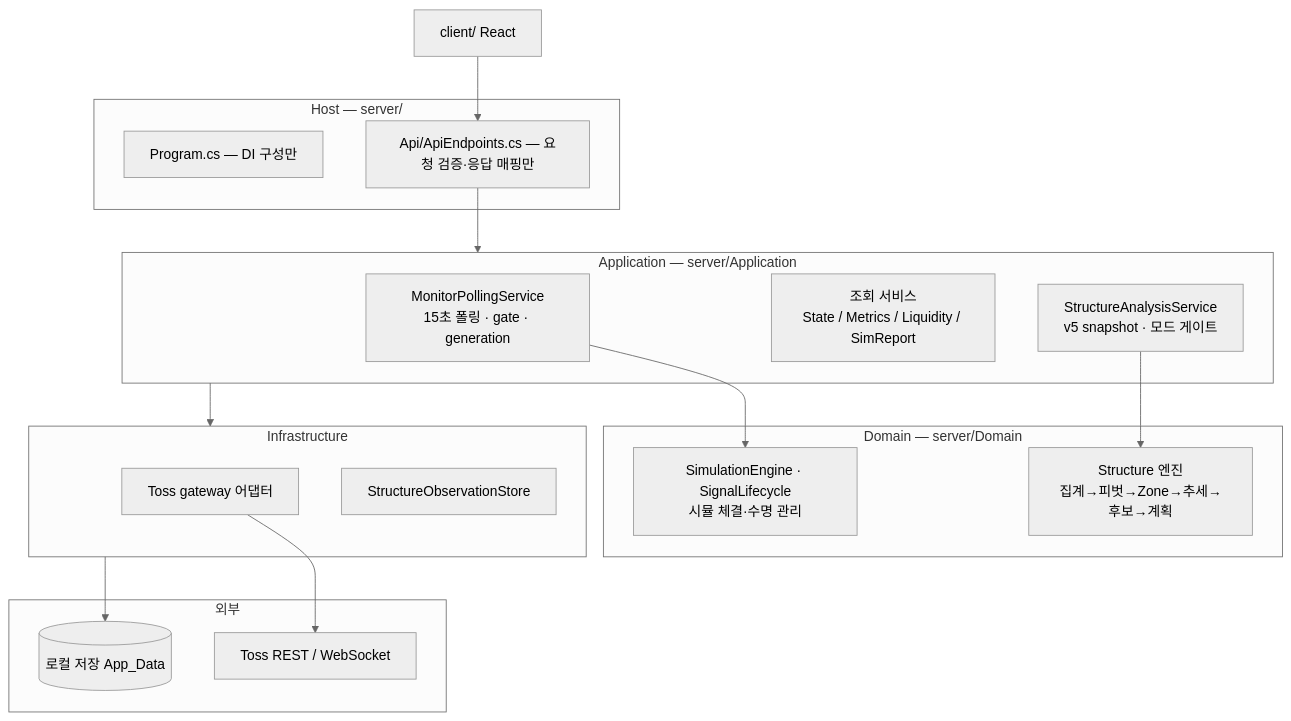
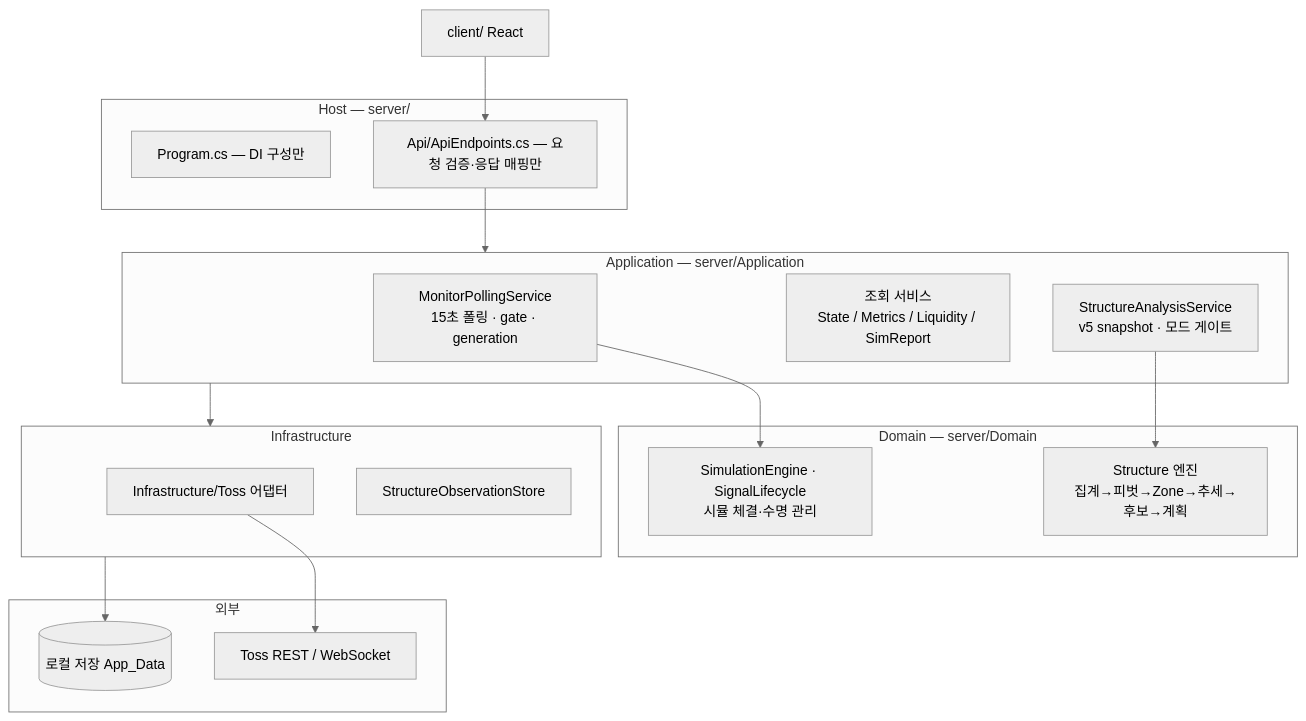
One commit to hyunpaper/NqWithAstara changed the fifth of 5 diagrams in README.md. Above: the diagram before and after it, drawn with Mermaid (neutral theme).

Commit message:
docs(BE): 루트 README §5 아키텍처 그림 폴더명 갱신 [claude]
TossClient/TossStream이 Infrastructure/Toss/로 옮겨진 것에 맞춰
아키텍처 그림의 게이트웨이 어댑터 노드 표기를 갱신한다.

Closes #178

Agent: claude

````diff
--- a/README.md
+++ b/README.md
@@ -195,31 +195,31 @@
 ```mermaid
 flowchart TB
     subgraph EXT[외부]
         TOSS[Toss REST / WebSocket]
         FS[(로컬 저장 App_Data)]
     end
     subgraph HOST[Host — server/]
         PROG[Program.cs — DI 구성만]
         API[Api/ApiEndpoints.cs — 요청 검증·응답 매핑만]
     end
     subgraph APP[Application — server/Application]
         POLL[MonitorPollingService<br>15초 폴링 · gate · generation]
         QRY[조회 서비스<br>State / Metrics / Liquidity / SimReport]
         SAS[StructureAnalysisService<br>v5 snapshot · 모드 게이트]
     end
     subgraph DOM[Domain — server/Domain]
         V5[Structure 엔진<br>집계→피벗→Zone→추세→후보→계획]
         SIM[SimulationEngine · SignalLifecycle<br>시뮬 체결·수명 관리]
     end
     subgraph INFRA[Infrastructure]
-        GW[Toss gateway 어댑터]
+        GW[Infrastructure/Toss 어댑터]
         OBS[StructureObservationStore]
     end
     FE[client/ React] --> API
     API --> APP
     POLL --> SIM
     SAS --> V5
     APP --> INFRA
     GW --> TOSS
     INFRA --> FS
 ```
````
